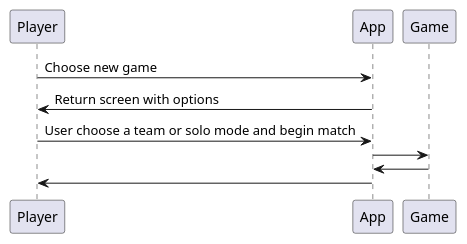
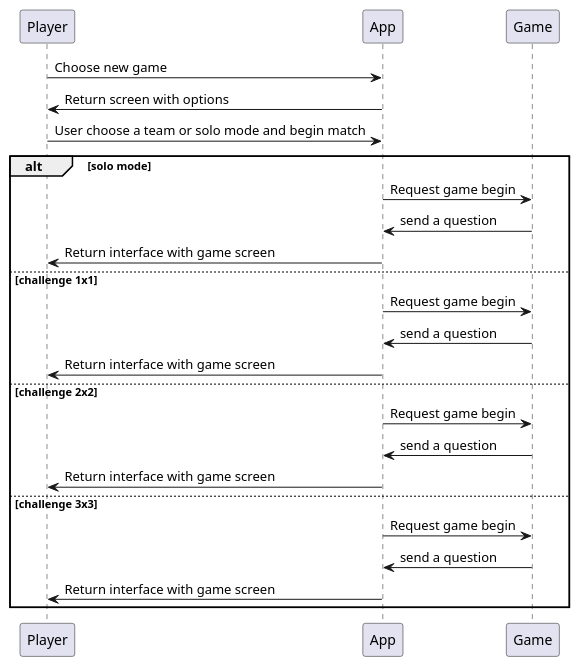
Before and after one commit to orion-services/game: the diagram in docs/uml/NFD_CreateTeam.puml, drawn with PlantUML.

```diff
--- a/docs/uml/NFD_CreateTeam.puml
+++ b/docs/uml/NFD_CreateTeam.puml
@@ -1,10 +1,30 @@
 @startuml NFD_Game
 
 Player -> App : Choose new game
 Player <- App : Return screen with options
 Player -> App : User choose a team or solo mode and begin match
-App -> Game : 
-App <- Game : 
-Player <- App : 
+
+alt solo mode
+    App -> Game : Request game begin
+    App <- Game : send a question
+    Player <- App : Return interface with game screen
+
+else challenge 1x1
+    App -> Game : Request game begin
+    App <- Game : send a question
+    Player <- App : Return interface with game screen
+    
+else challenge 2x2
+    App -> Game : Request game begin
+    App <- Game : send a question
+    Player <- App : Return interface with game screen
+    
+else challenge 3x3
+    App -> Game : Request game begin
+    App <- Game : send a question
+    Player <- App : Return interface with game screen
+  
+
+end
 
 @enduml
```
